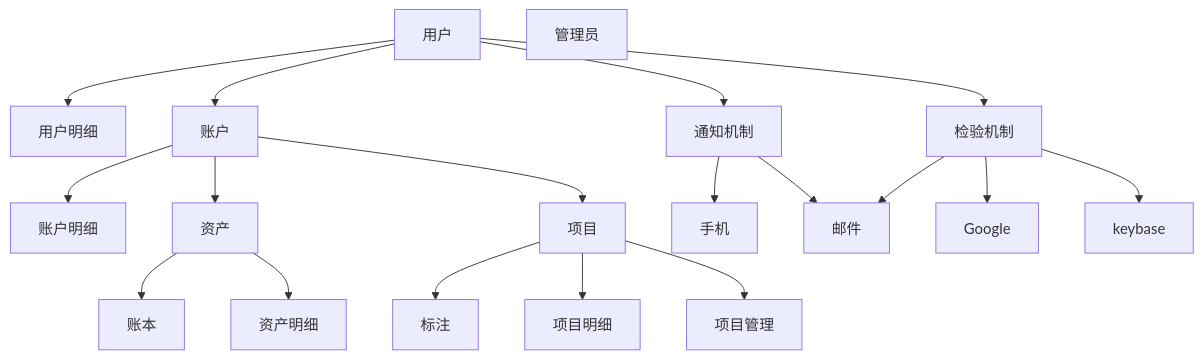
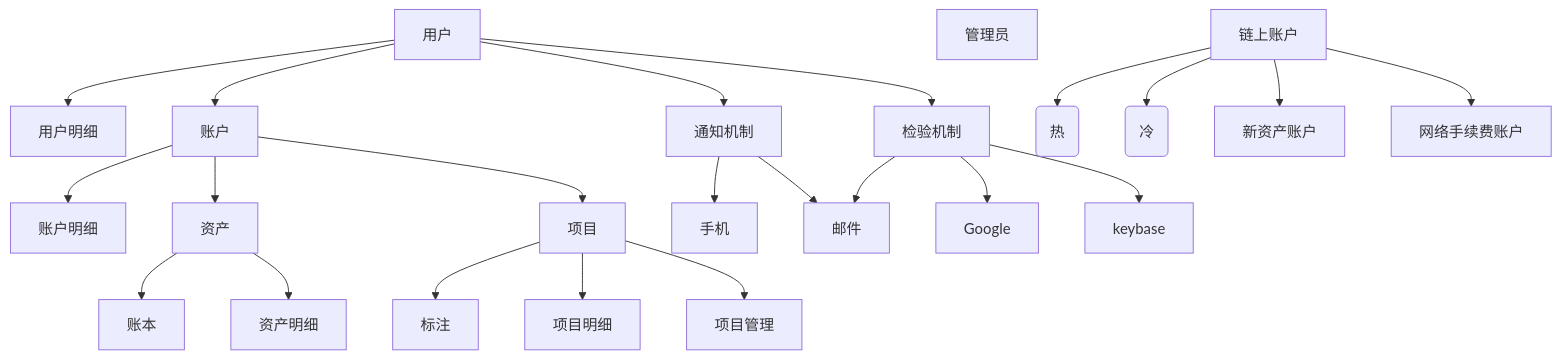
One commit to neomaclin/designdoc changed the first of 10 diagrams in Readme.md. Above: the diagram before and after it, drawn with Mermaid. The commit also changed other lines of this file, not shown here.

````diff
--- a/Readme.md
+++ b/Readme.md
@@ -5,23 +5,26 @@
 ```mermaid
 graph TB
 
 用户 --> 用户明细
 用户 --> 账户
 用户 --> 检验机制
 用户 --> 通知机制
 账户 --> 账户明细
 账户 --> 资产
 资产 --> 账本
 资产 --> 资产明细
 项目 --> 标注
 账户 --> 项目
 项目 --> 项目明细
 项目 --> 项目管理
 管理员
 通知机制 --> 手机
 通知机制 --> 邮件
 检验机制 --> 邮件
 检验机制 --> Google
 检验机制 --> keybase
-
+链上账户 --> 在线账户(热)
+链上账户 --> 离线账户(冷)
+链上账户 --> 新资产账户
+链上账户 --> 网络手续费账户
 ```
````
